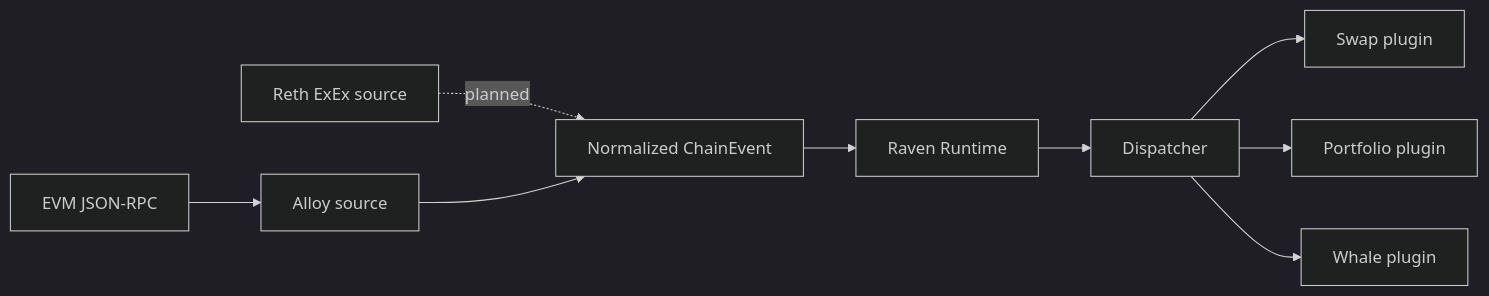
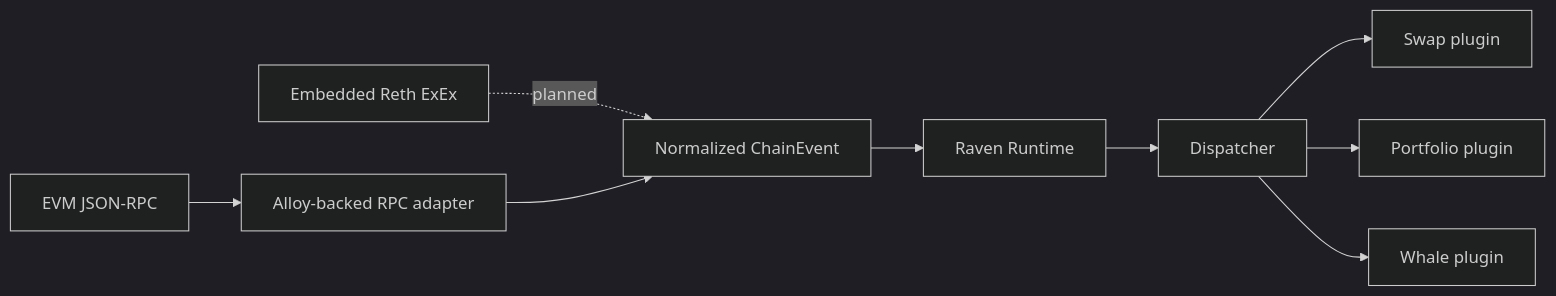
Before and after one commit to abhi3700/raven: the diagram in docs/concepts/design-principles.mdx, drawn with Mermaid (dark theme). The commit also changed other lines of this file and 14 other files, not shown here.

````diff
--- a/docs/concepts/design-principles.mdx
+++ b/docs/concepts/design-principles.mdx
@@ -9,11 +9,11 @@
 ```mermaid
 flowchart LR
-    rpc[EVM JSON-RPC] --> alloy[Alloy source]
-    reth[Reth ExEx source] -. planned .-> event[Normalized ChainEvent]
+    rpc[EVM JSON-RPC] --> alloy[Alloy-backed RPC adapter]
+    reth[Embedded Reth ExEx] -. planned .-> event[Normalized ChainEvent]
     alloy --> event
     event --> runtime[Raven Runtime]
     runtime --> dispatcher[Dispatcher]
     dispatcher --> swap[Swap plugin]
     dispatcher --> portfolio[Portfolio plugin]
     dispatcher --> whale[Whale plugin]
 ```
````
